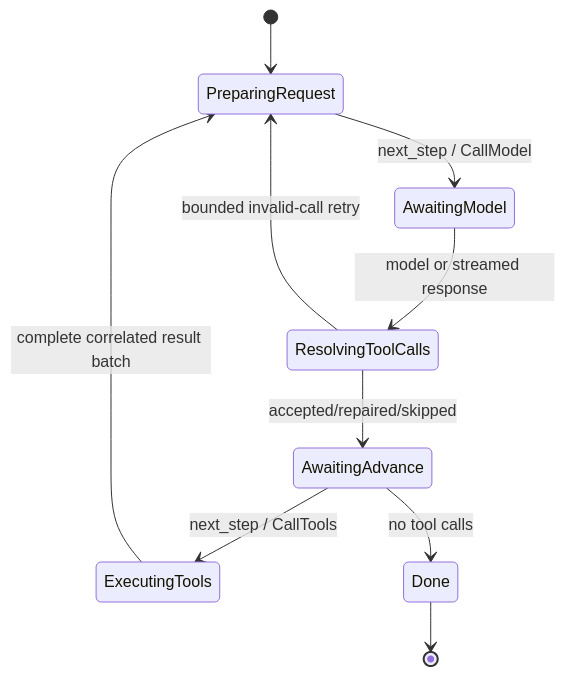
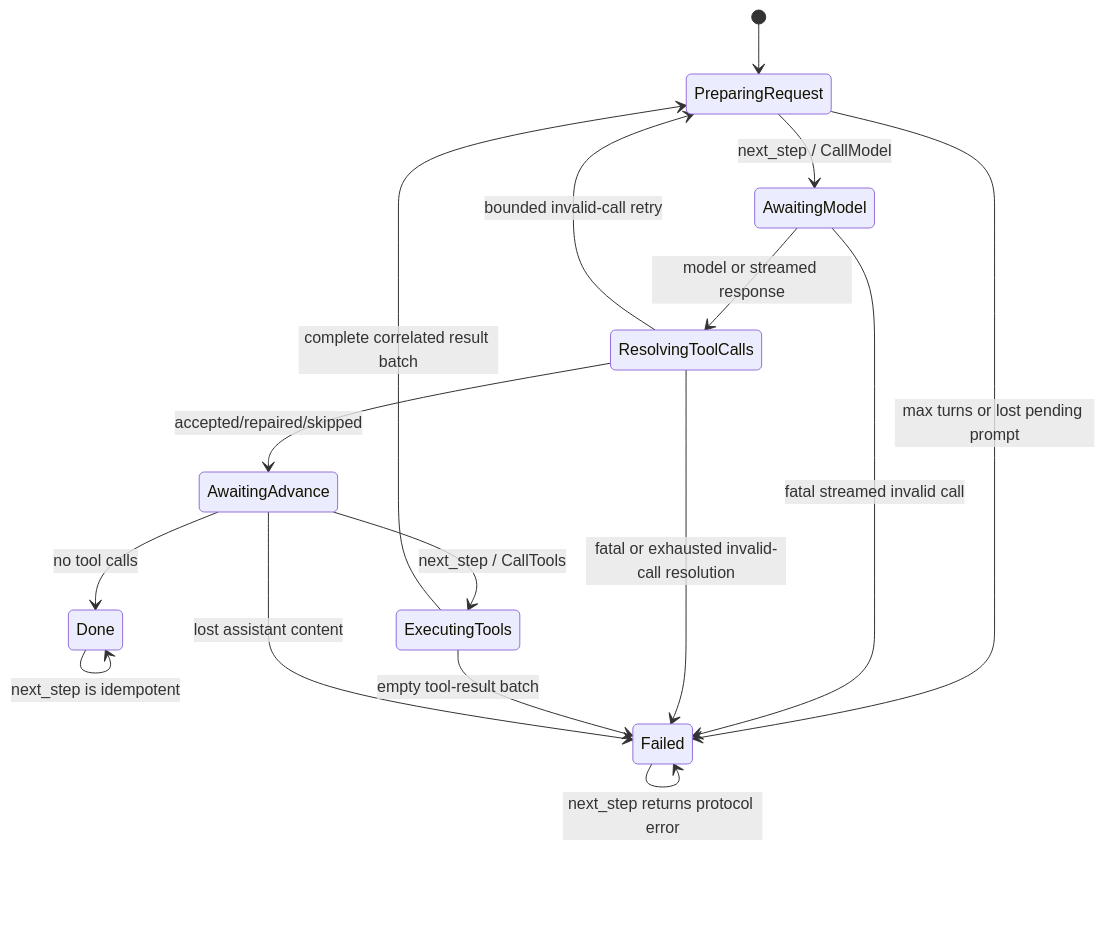
The first of 7 diagrams in docs/researchs/agent-foundation/capabilities/task-todo-workflow-state.md (XuHaoJun/rollshot), drawn with Mermaid before and after one commit. The commit also changed other lines of this file, not shown here.

````diff
--- a/docs/researchs/agent-foundation/capabilities/task-todo-workflow-state.md
+++ b/docs/researchs/agent-foundation/capabilities/task-todo-workflow-state.md
@@ -78,12 +78,18 @@
 ```mermaid
 stateDiagram-v2
     [*] --> PreparingRequest
     PreparingRequest --> AwaitingModel: next_step / CallModel
+    PreparingRequest --> Failed: max turns or lost pending prompt
     AwaitingModel --> ResolvingToolCalls: model or streamed response
+    AwaitingModel --> Failed: fatal streamed invalid call
     ResolvingToolCalls --> AwaitingAdvance: accepted/repaired/skipped
     ResolvingToolCalls --> PreparingRequest: bounded invalid-call retry
+    ResolvingToolCalls --> Failed: fatal or exhausted invalid-call resolution
     AwaitingAdvance --> ExecutingTools: next_step / CallTools
     ExecutingTools --> PreparingRequest: complete correlated result batch
+    ExecutingTools --> Failed: empty tool-result batch
     AwaitingAdvance --> Done: no tool calls
-    Done --> [*]
+    AwaitingAdvance --> Failed: lost assistant content
+    Done --> Done: next_step is idempotent
+    Failed --> Failed: next_step returns protocol error
 ```
````
